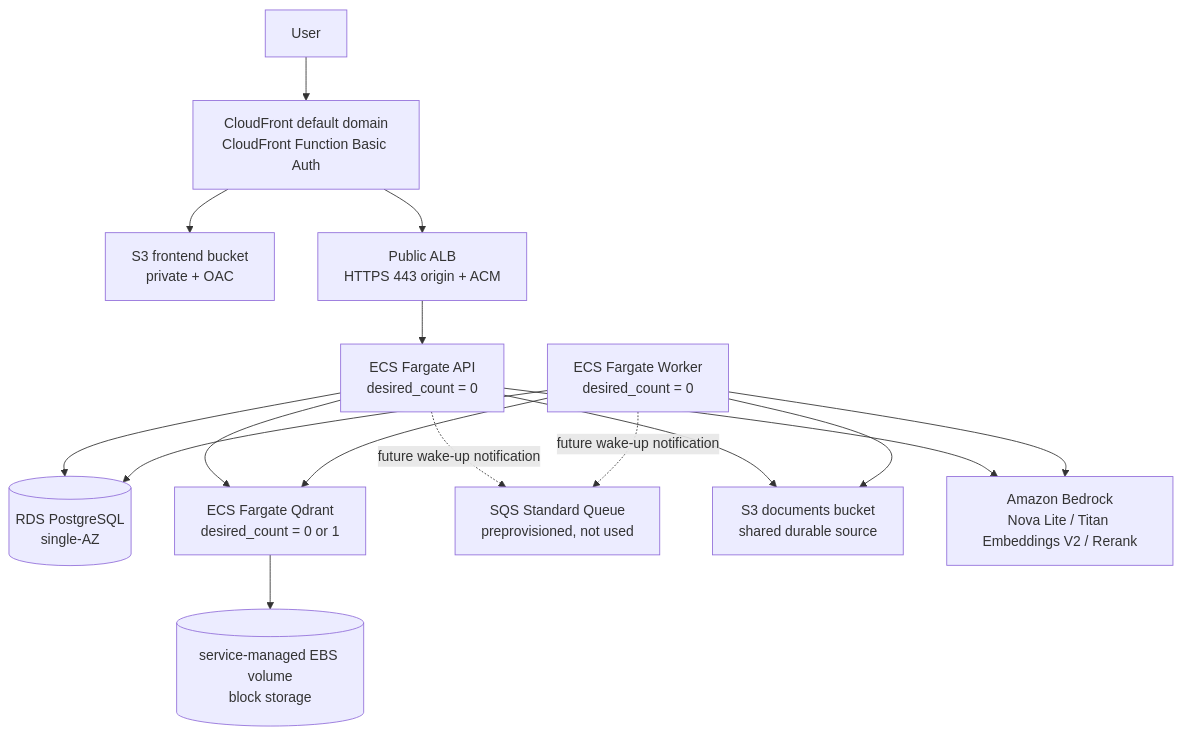
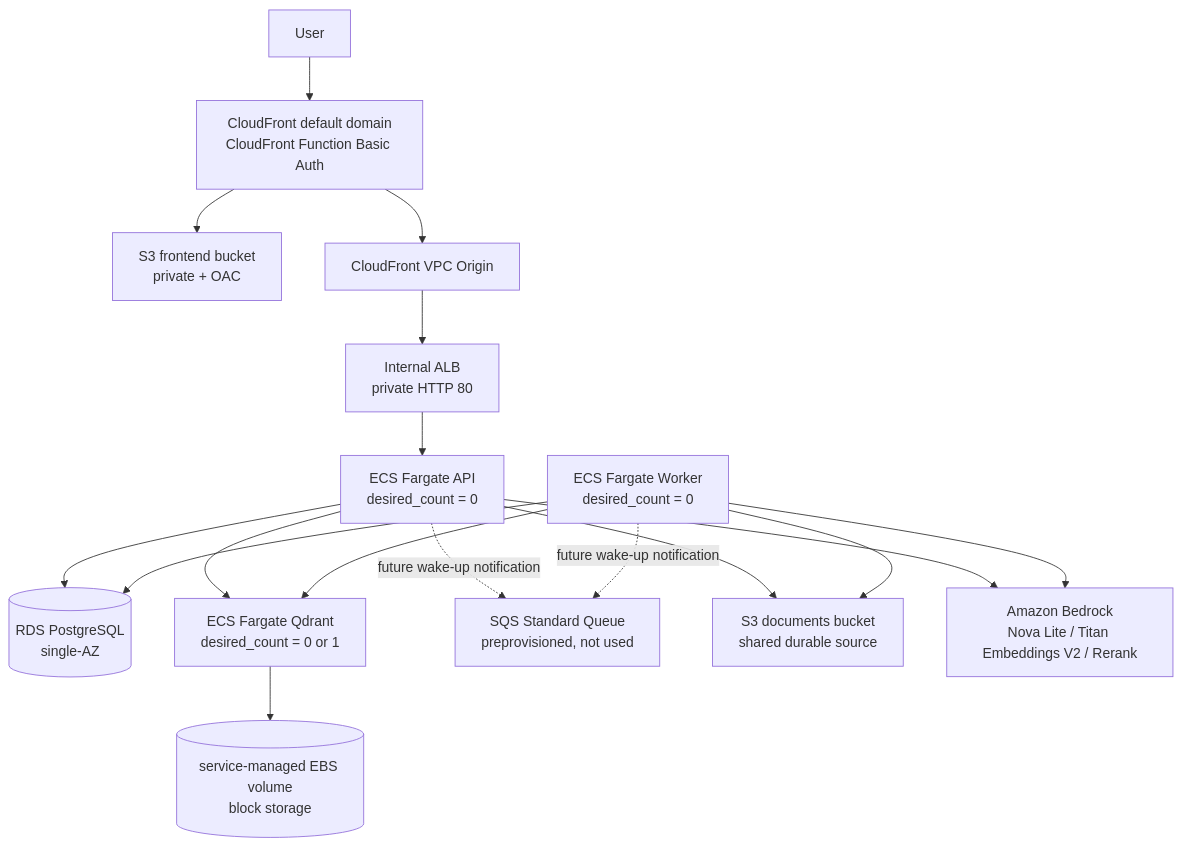
The diagram in deploy/aws-ecs/README.md (M4kuq/RAGProject), drawn with Mermaid before and after one commit. The commit also changed other lines of this file and 22 other files, not shown here.

Commit message:
feat(aws): use CloudFront VPC origin

````diff
--- a/deploy/aws-ecs/README.md
+++ b/deploy/aws-ecs/README.md
@@ -7,18 +7,19 @@
 ```mermaid
 flowchart TD
   User[User] --> CF[CloudFront default domain<br/>CloudFront Function Basic Auth]
   CF --> S3Front[S3 frontend bucket<br/>private + OAC]
-  CF --> ALB[Public ALB<br/>HTTPS 443 origin + ACM]
+  CF --> VPCO[CloudFront VPC Origin]
+  VPCO --> ALB[Internal ALB<br/>private HTTP 80]
   ALB --> API[ECS Fargate API<br/>desired_count = 0]
   API --> RDS[(RDS PostgreSQL<br/>single-AZ)]
   API --> Qdrant[ECS Fargate Qdrant<br/>desired_count = 0 or 1]
   Worker[ECS Fargate Worker<br/>desired_count = 0] --> RDS
   Worker --> Qdrant
   API -. future wake-up notification .-> SQS[SQS Standard Queue<br/>preprovisioned, not used]
   Worker -. future wake-up notification .-> SQS
   API --> Docs[S3 documents bucket<br/>shared durable source]
   Worker --> Docs
   Qdrant --> EBS[(service-managed EBS volume<br/>block storage)]
   API --> Bedrock[Amazon Bedrock<br/>Nova Lite / Titan Embeddings V2 / Rerank]
   Worker --> Bedrock
 ```
````
